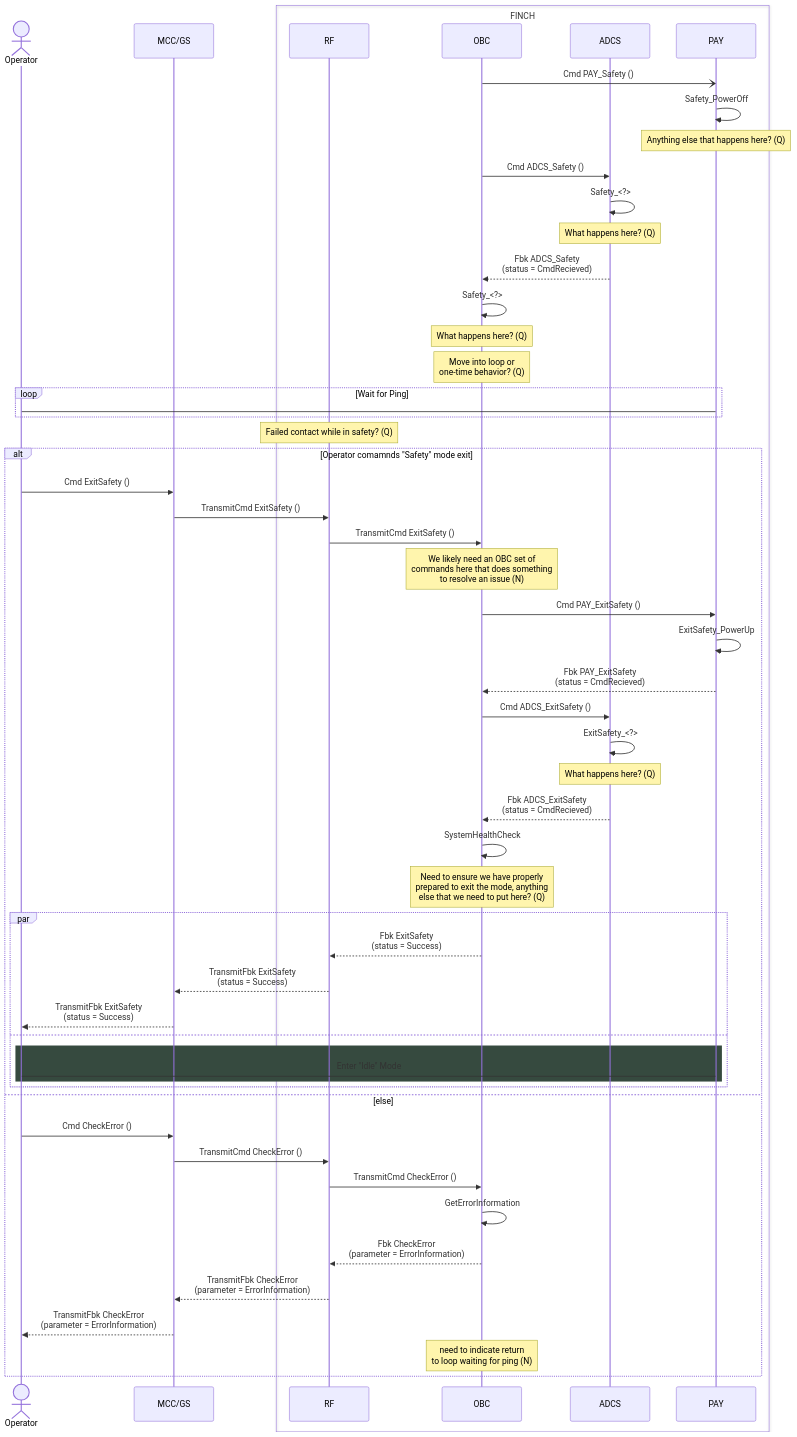
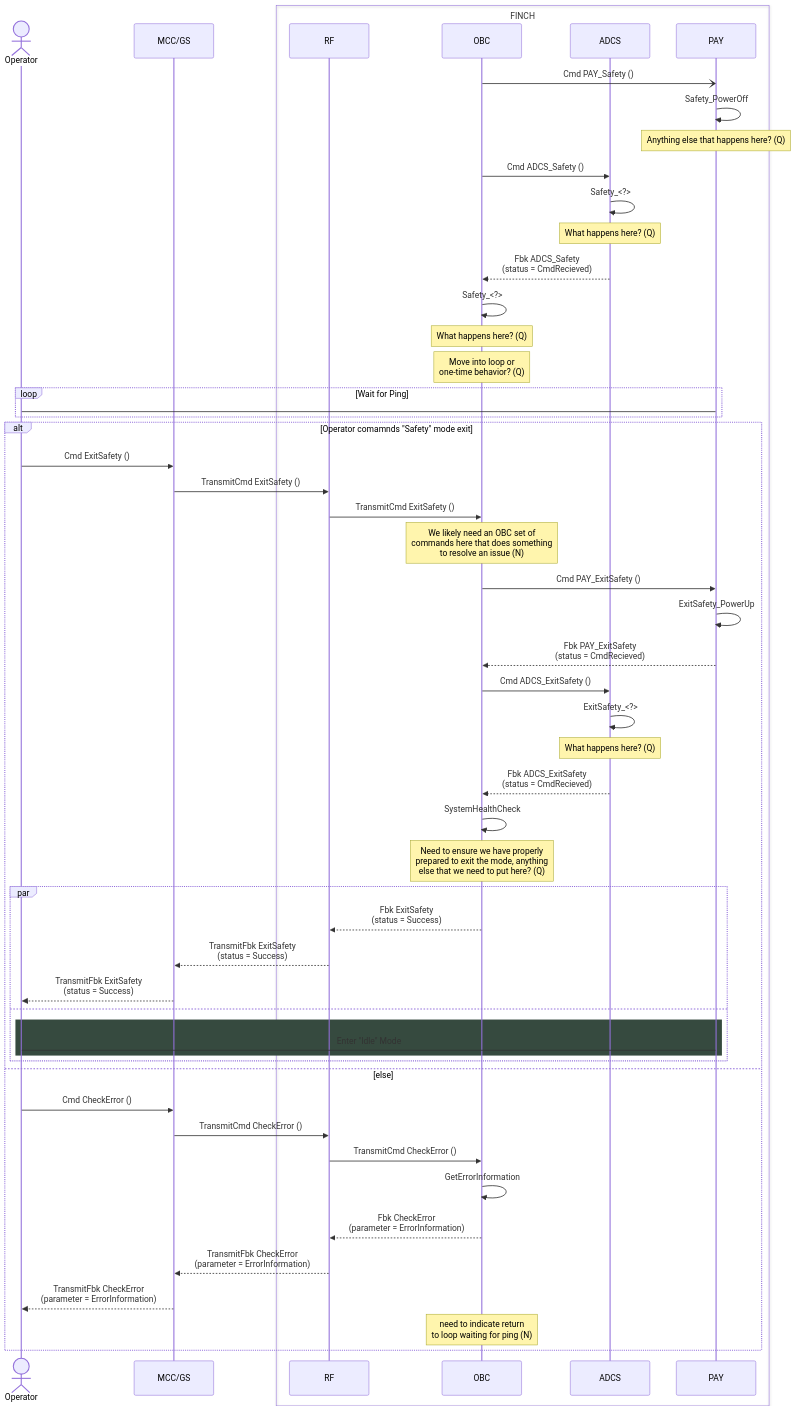
Before and after one commit to Addy-lit/FINCH-system-architecture: the diagram in command sequences/safety-command.md, drawn with Mermaid.

````diff
--- a/command sequences/safety-command.md
+++ b/command sequences/safety-command.md
@@ -2,69 +2,68 @@
 ```mermaid
 sequenceDiagram
     Actor Operator
     participant MCC/GS
     box FINCH
 	participant RF
     	participant OBC
     	participant ADCS
     	participant PAY
 	end
 
     OBC -) PAY: Cmd PAY_Safety ()
     PAY ->> PAY: Safety_PowerOff
 	note over PAY: Anything else that happens here? (Q)
   
     OBC ->> ADCS: Cmd ADCS_Safety ()
     ADCS ->> ADCS: Safety_<?>
 	note over ADCS: What happens here? (Q)
     ADCS -->> OBC: Fbk ADCS_Safety <br> (status = CmdRecieved)
 
 
     OBC ->> OBC: Safety_<?>
     note over OBC: What happens here? (Q)
 	note over OBC: Move into loop or <br> one-time behavior? (Q)
 
     loop Wait for Ping
         Operator -> PAY: 
     end
 	
-	note over RF: Failed contact while in safety? (Q)
 	alt Operator comamnds "Safety" mode exit
 		Operator ->> MCC/GS: Cmd ExitSafety ()
 		MCC/GS ->> RF: TransmitCmd ExitSafety ()
 		RF ->> OBC: TransmitCmd ExitSafety ()
 
 		note over OBC: We likely need an OBC set of <br> commands here that does something <br> to resolve an issue (N)
 
         OBC ->> PAY: Cmd PAY_ExitSafety ()
         PAY ->> PAY: ExitSafety_PowerUp
         PAY -->> OBC: Fbk PAY_ExitSafety <br> (status = CmdRecieved)
   
         OBC ->> ADCS: Cmd ADCS_ExitSafety ()
         ADCS ->> ADCS: ExitSafety_<?>
         note over ADCS: What happens here? (Q)
         ADCS -->> OBC: Fbk ADCS_ExitSafety <br> (status = CmdRecieved)
 
 		OBC ->> OBC: SystemHealthCheck
 		note over OBC: Need to ensure we have properly <br> prepared to exit the mode, anything <br> else that we need to put here? (Q)
 
 		par
 			OBC -->> RF: Fbk ExitSafety <br> (status = Success)
 			RF -->> MCC/GS: TransmitFbk ExitSafety <br> (status = Success)
 			MCC/GS -->> Operator: TransmitFbk ExitSafety <br> (status = Success)
 		and
 			rect rgb(54,74,63)
 				Operator -> PAY: Enter "Idle" Mode
 			end
 		end
 	else else
 		Operator ->> MCC/GS: Cmd CheckError ()
 		MCC/GS ->> RF: TransmitCmd CheckError ()
 		RF ->> OBC: TransmitCmd CheckError ()
 		OBC ->> OBC: GetErrorInformation
 		OBC -->> RF: Fbk CheckError <br> (parameter = ErrorInformation)
 		RF -->> MCC/GS: TransmitFbk CheckError <br> (parameter = ErrorInformation)
 		MCC/GS -->> Operator: TransmitFbk CheckError <br> (parameter = ErrorInformation)
 		note over OBC: need to indicate return <br> to loop waiting for ping (N)
 	end
 ```
````
